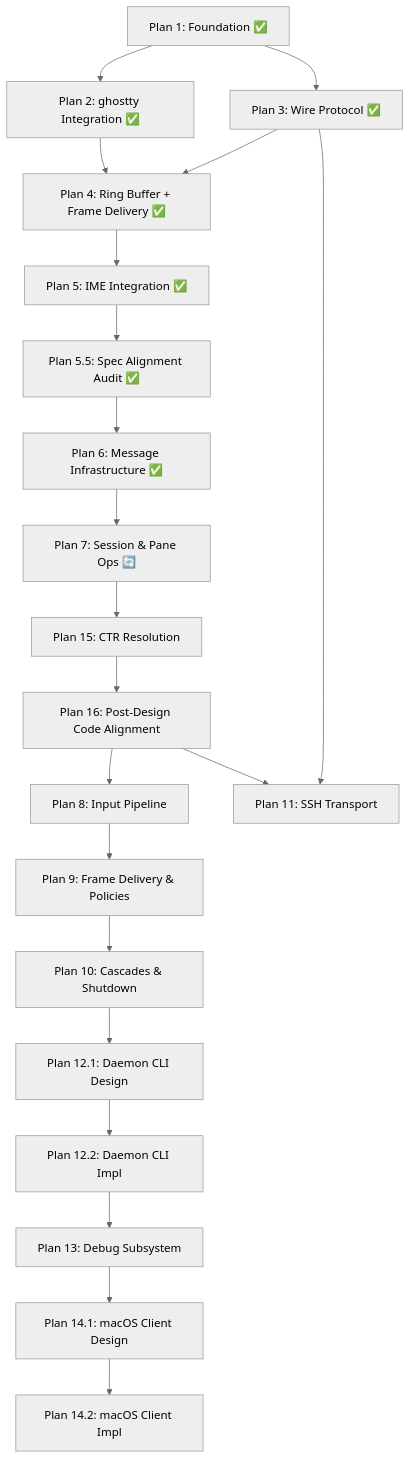
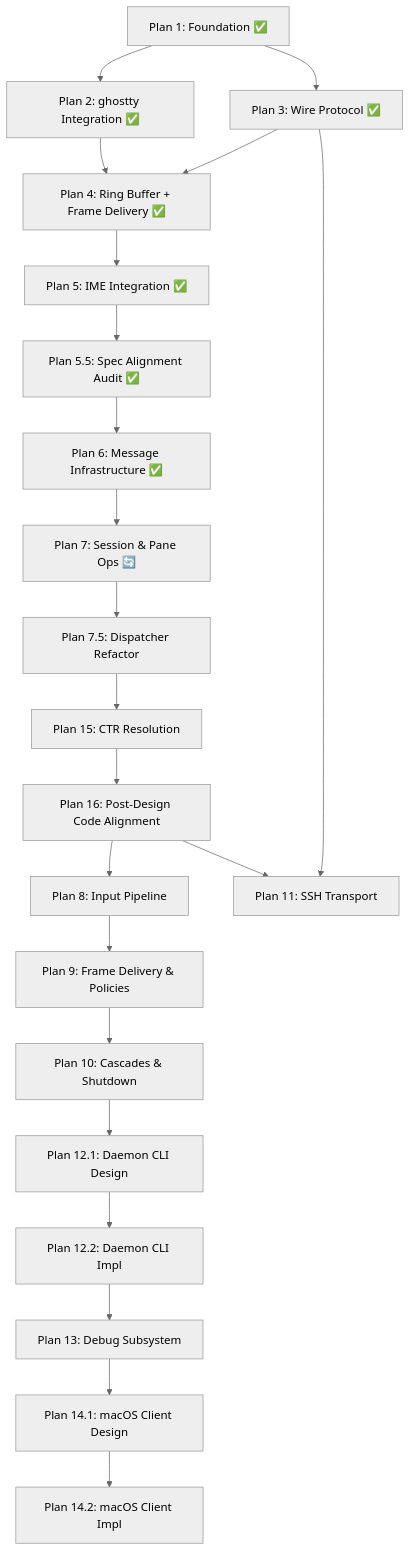
One commit to powdream-org/it-shell3 changed the diagram in docs/superpowers/plans/ROADMAP.md. Above: the diagram before and after it, drawn with Mermaid (neutral theme). The commit also changed other lines of this file, not shown here.

First line of the commit message:
docs: add Plan 7.5 (Message Dispatcher Refactor) to ROADMAP

````diff
--- a/docs/superpowers/plans/ROADMAP.md
+++ b/docs/superpowers/plans/ROADMAP.md
@@ -64,23 +65,24 @@
 ```mermaid
 graph TD
     P1["Plan 1: Foundation ✅"] --> P2["Plan 2: ghostty Integration ✅"]
     P1 --> P3["Plan 3: Wire Protocol ✅"]
     P2 --> P4["Plan 4: Ring Buffer + Frame Delivery ✅"]
     P3 --> P4
     P4 --> P5["Plan 5: IME Integration ✅"]
     P5 --> P5_5["Plan 5.5: Spec Alignment Audit ✅"]
     P5_5 --> P6["Plan 6: Message Infrastructure ✅"]
     P6 --> P7["Plan 7: Session & Pane Ops 🔄"]
-    P7 --> P15["Plan 15: CTR Resolution"]
+    P7 --> P7_5["Plan 7.5: Dispatcher Refactor"]
+    P7_5 --> P15["Plan 15: CTR Resolution"]
     P15 --> P16["Plan 16: Post-Design Code Alignment"]
     P16 --> P8["Plan 8: Input Pipeline"]
     P16 --> P11["Plan 11: SSH Transport"]
     P3 --> P11
     P8 --> P9["Plan 9: Frame Delivery & Policies"]
     P9 --> P10["Plan 10: Cascades & Shutdown"]
     P10 --> P12_1["Plan 12.1: Daemon CLI Design"]
     P12_1 --> P12_2["Plan 12.2: Daemon CLI Impl"]
     P12_2 --> P13["Plan 13: Debug Subsystem"]
     P13 --> P14_1["Plan 14.1: macOS Client Design"]
     P14_1 --> P14_2["Plan 14.2: macOS Client Impl"]
 ```
````
